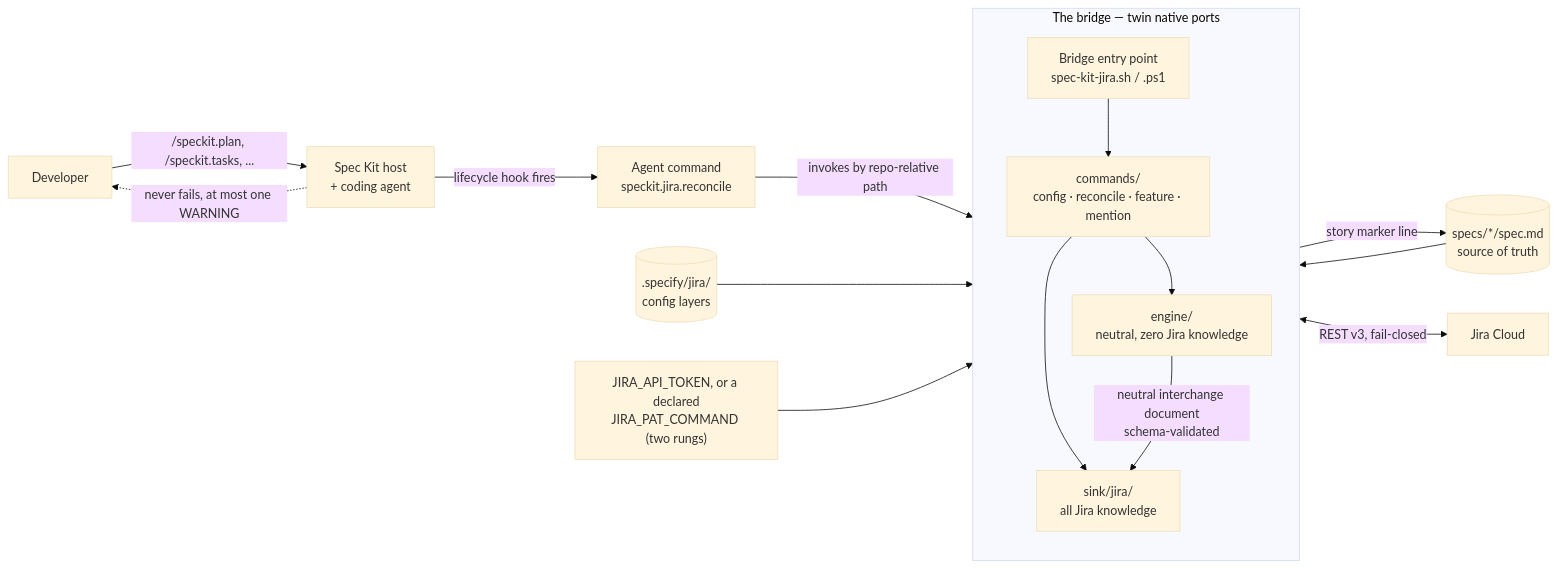
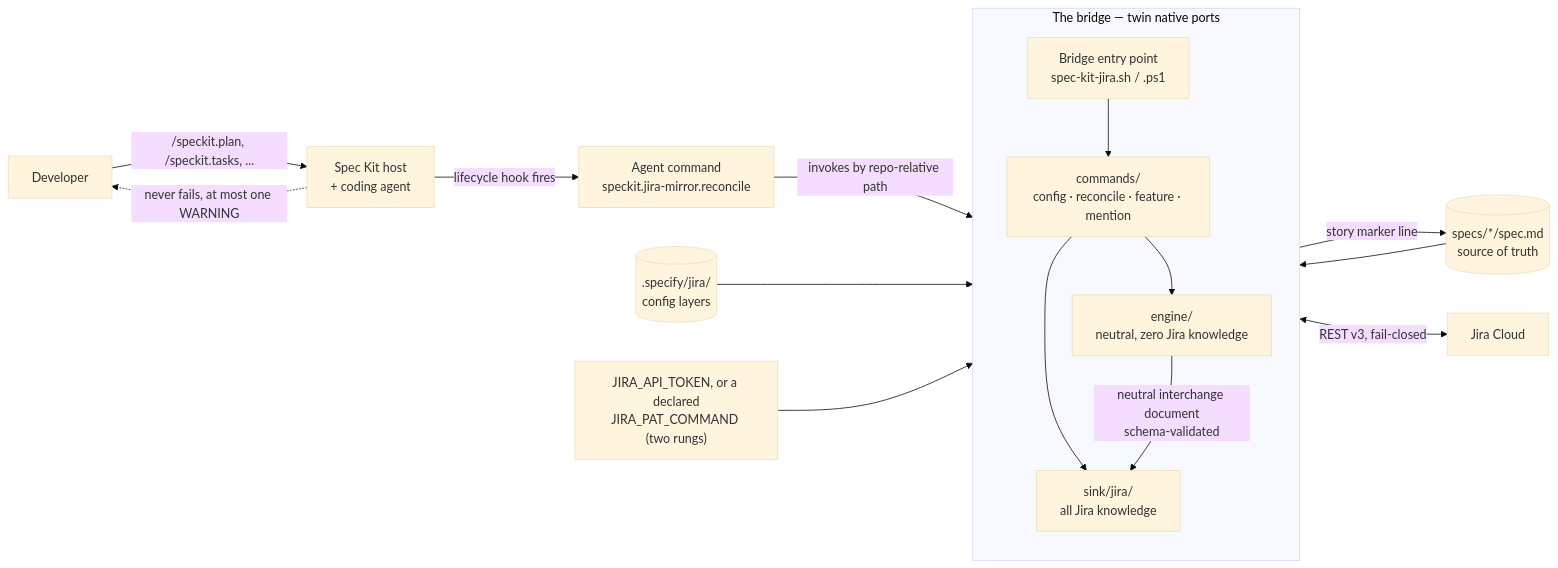
The diagram in docs/README.md (Fyloss/spec-kit-jira), drawn with Mermaid (base theme) before and after one commit. The commit also changed other lines of this file and 104 other files, not shown here.

First line of the commit message:
feat!: rename the extension id, commands, and repository to jira-mirror (#57)

````diff
--- a/docs/README.md
+++ b/docs/README.md
@@ -13,23 +13,23 @@
 ```mermaid
 flowchart LR
     Dev["Developer"] -->|"/speckit.plan, /speckit.tasks, ..."| Host["Spec Kit host<br/>+ coding agent"]
 
-    Host -->|"lifecycle hook fires"| Cmd["Agent command<br/>speckit.jira.reconcile"]
+    Host -->|"lifecycle hook fires"| Cmd["Agent command<br/>speckit.jira-mirror.reconcile"]
     Cmd -->|"invokes by repo-relative path"| Entry["Bridge entry point<br/>spec-kit-jira.sh / .ps1"]
 
     subgraph Bridge["The bridge — twin native ports"]
         direction TB
         Entry --> Commands["commands/<br/>config · reconcile · feature · mention"]
         Commands --> Engine["engine/<br/>neutral, zero Jira knowledge"]
         Commands --> Sink["sink/jira/<br/>all Jira knowledge"]
         Engine -->|"neutral interchange document<br/>schema-validated"| Sink
     end
 
     Specs[("specs/*/spec.md<br/>source of truth")] --> Engine
     Engine -->|"story marker line"| Specs
     Config[(".specify/jira/<br/>config layers")] --> Commands
     Secrets["JIRA_API_TOKEN, or a declared<br/>JIRA_PAT_COMMAND (two rungs)"] --> Sink
     Sink <-->|"REST v3, fail-closed"| Jira["Jira Cloud"]
 
     Host -.->|"never fails, at most one WARNING"| Dev
 ```
````
